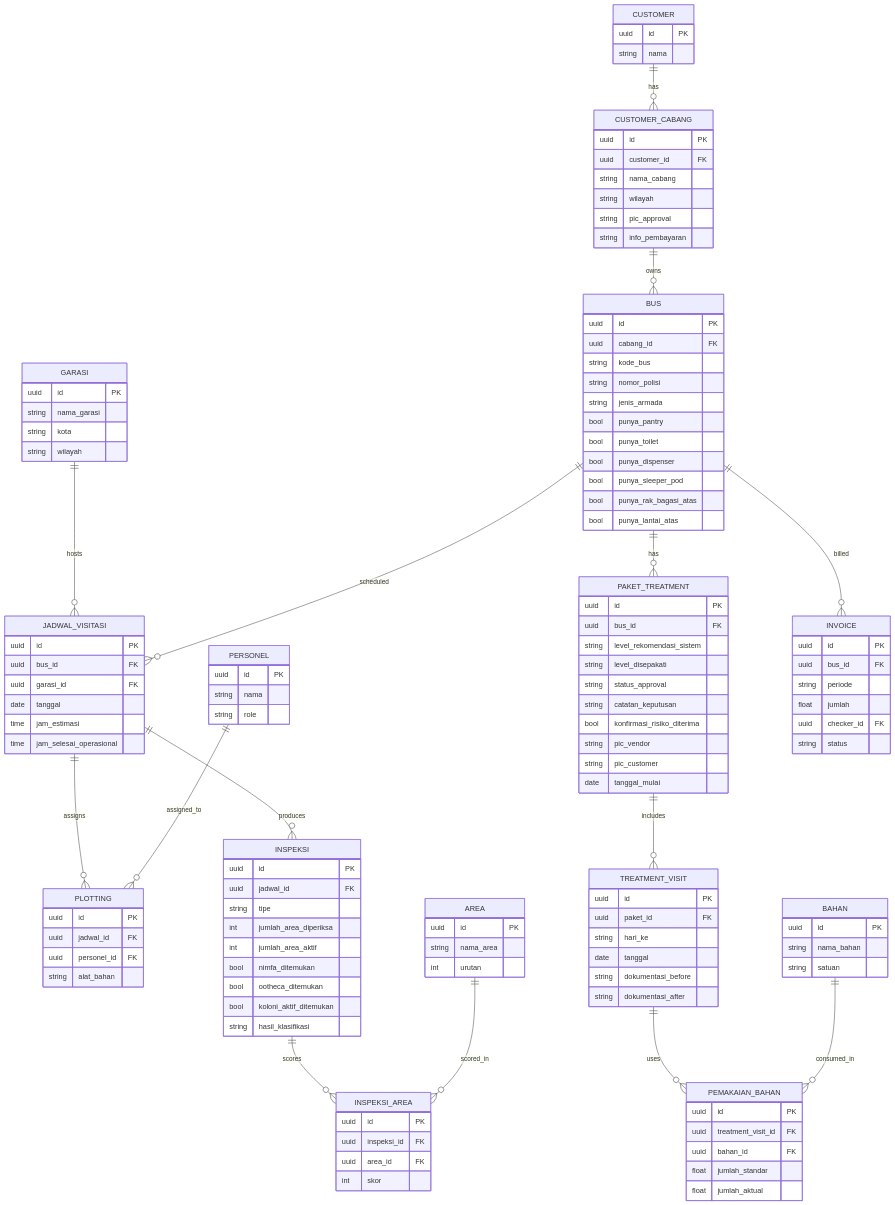
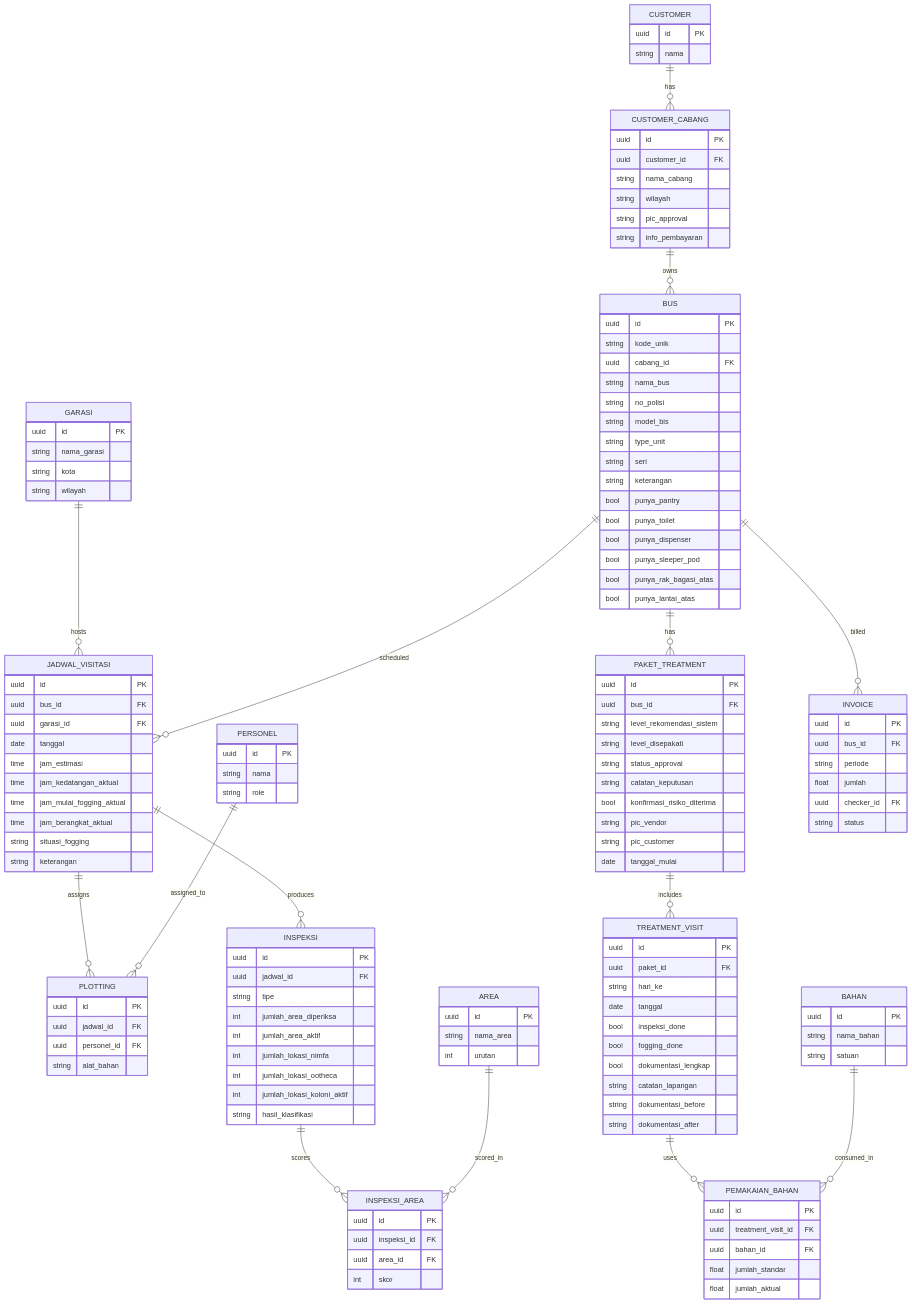
Before and after one commit to Vanialive/WorkflowBugHunter: the second of 2 diagrams in README.md, drawn with Mermaid.

```diff
--- a/README.md
+++ b/README.md
@@ -73,10 +73,14 @@
     }
     BUS {
         uuid id PK
+        string kode_unik
         uuid cabang_id FK
-        string kode_bus
-        string nomor_polisi
-        string jenis_armada
+        string nama_bus
+        string no_polisi
+        string model_bis
+        string type_unit
+        string seri
+        string keterangan
         bool punya_pantry
         bool punya_toilet
         bool punya_dispenser
@@ -96,7 +100,11 @@
         uuid garasi_id FK
         date tanggal
         time jam_estimasi
-        time jam_selesai_operasional
+        time jam_kedatangan_aktual
+        time jam_mulai_fogging_aktual
+        time jam_berangkat_aktual
+        string situasi_fogging
+        string keterangan
     }
     PLOTTING {
         uuid id PK
@@ -115,9 +123,9 @@
         string tipe
         int jumlah_area_diperiksa
         int jumlah_area_aktif
-        bool nimfa_ditemukan
-        bool ootheca_ditemukan
-        bool koloni_aktif_ditemukan
+        int jumlah_lokasi_nimfa
+        int jumlah_lokasi_ootheca
+        int jumlah_lokasi_koloni_aktif
         string hasil_klasifikasi
     }
     AREA {
@@ -148,6 +156,10 @@
         uuid paket_id FK
         string hari_ke
         date tanggal
+        bool inspeksi_done
+        bool fogging_done
+        bool dokumentasi_lengkap
+        string catatan_lapangan
         string dokumentasi_before
         string dokumentasi_after
     }
```
